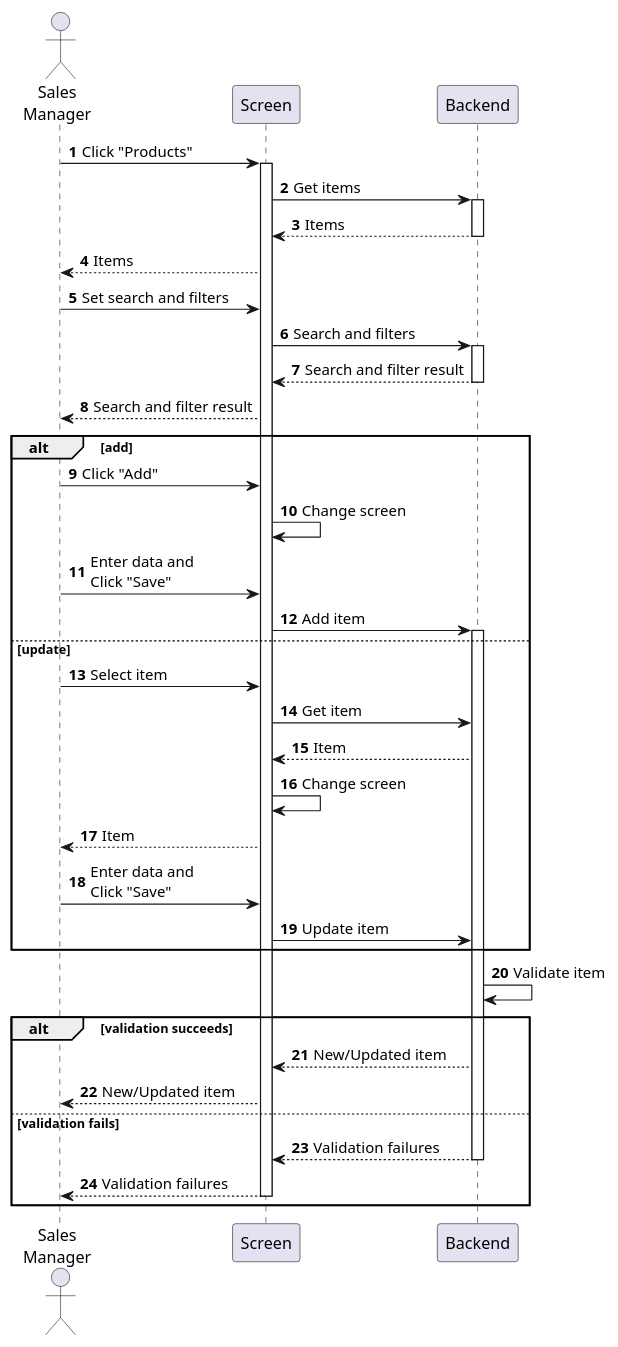
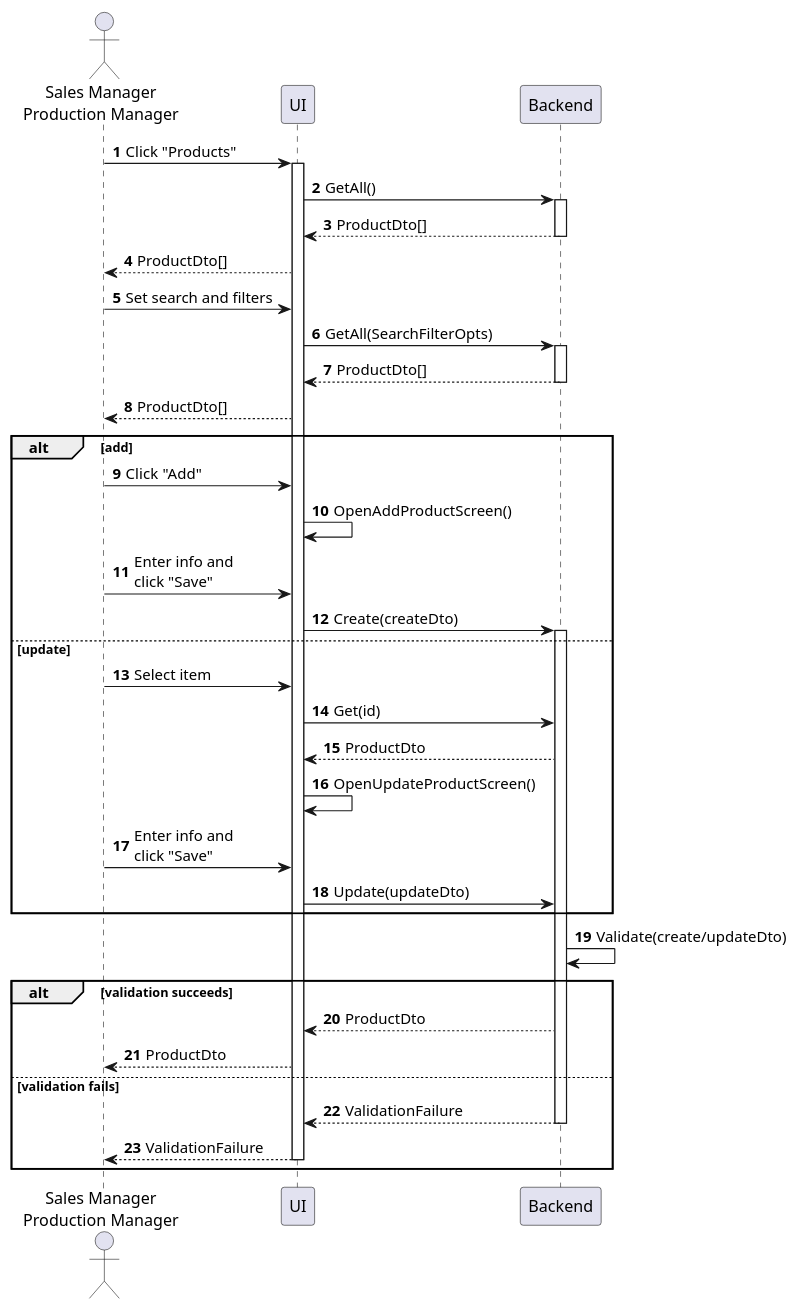
Before and after one commit to phihungha/scmss-reqs: the diagram in sequences/product-manage.plantuml, drawn with PlantUML. The commit also changed 33 other files, not shown here.

Commit message:
Improve sequence diagrams of purchase and manage use cases

```diff
--- a/sequences/product-manage.plantuml
+++ b/sequences/product-manage.plantuml
@@ -1,45 +1,44 @@
 @startuml product-manage
 autonumber
 
-actor "Sales\nManager" as a
-participant Screen as f
+actor "Sales Manager\nProduction Manager" as a
+participant UI as f
 participant Backend as b
 
 a -> f : Click "Products"
 activate f
-f -> b : Get items
+f -> b : GetAll()
 activate b
-return Items
-f --> a : Items
+return ProductDto[]
+f --> a : ProductDto[]
 a -> f : Set search and filters
-f -> b : Search and filters
+f -> b : GetAll(SearchFilterOpts)
 activate b
-return Search and filter result
-f --> a : Search and filter result
+return ProductDto[]
+f --> a : ProductDto[]
 
 alt add
     a -> f : Click "Add"
-    f -> f : Change screen
-    a -> f : Enter data and\nClick "Save"
-    f -> b : Add item
+    f -> f : OpenAddProductScreen()
+    a -> f : Enter info and\nclick "Save"
+    f -> b : Create(createDto)
     activate b
 else update
     a -> f : Select item
-    f -> b : Get item
-    b --> f : Item
-    f -> f : Change screen
-    f --> a : Item
-    a -> f : Enter data and\nClick "Save"
-    f -> b : Update item
+    f -> b : Get(id)
+    b --> f : ProductDto
+    f -> f : OpenUpdateProductScreen()
+    a -> f : Enter info and\nclick "Save"
+    f -> b : Update(updateDto)
 end
 
-b -> b : Validate item
+b -> b : Validate(create/updateDto)
 
 alt validation succeeds
-    b --> f : New/Updated item
-    f --> a : New/Updated item
+    b --> f : ProductDto
+    f --> a : ProductDto
 else validation fails
-    return Validation failures
-    return Validation failures
+    return ValidationFailure
+    return ValidationFailure
 end
 @enduml
```
